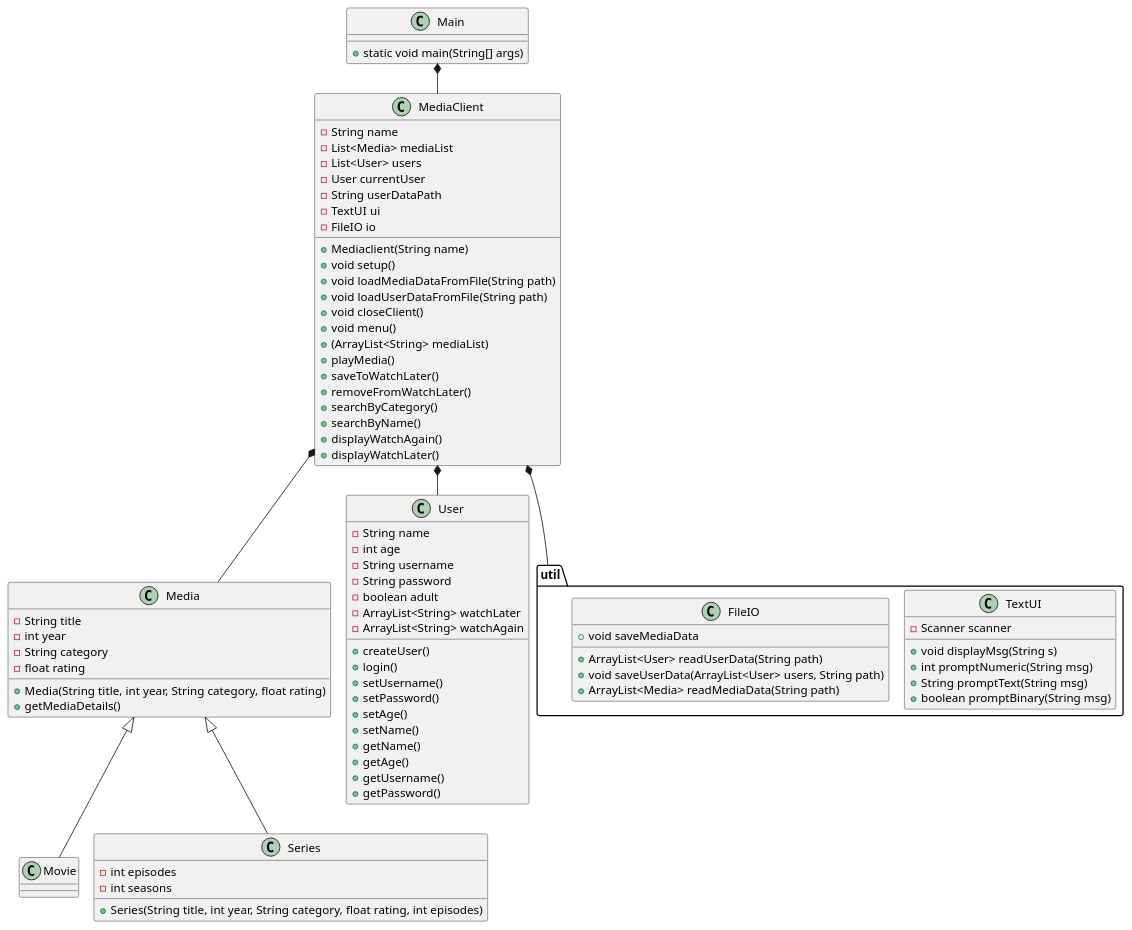
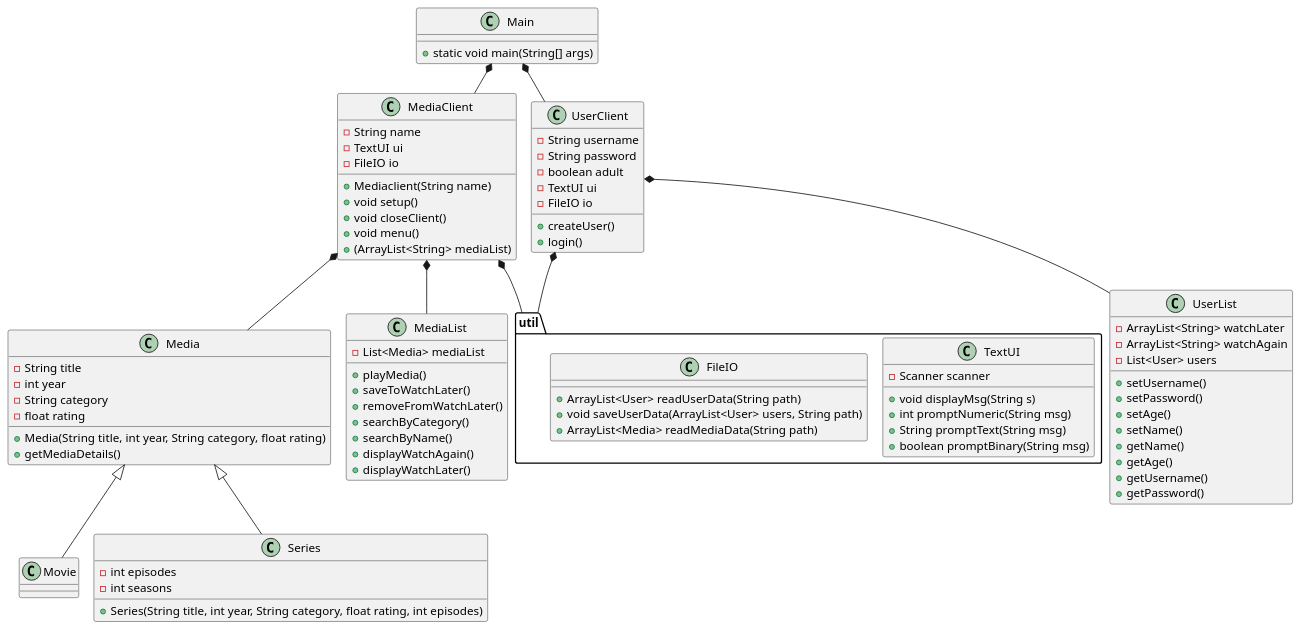
The diagram in docs/classdiagram_v0.puml (b-rino/SP3), drawn with PlantUML before and after one commit. The commit also changed 10 other files, not shown here.

Commit message:
updated Classdiagram + Fileio

```diff
--- a/docs/classdiagram_v0.puml
+++ b/docs/classdiagram_v0.puml
@@ -1,109 +1,109 @@
 @startuml
 !pragma layout smetana
 
 class Main{
 + static void main(String[] args)
 }
 
 class Media{
 - String title
 - int year
 - String category
 - float rating
 +Media(String title, int year, String category, float rating)
 +getMediaDetails()
 
 
 }
 
 class MediaClient{
 -String name
--List<Media> mediaList
--List<User> users
--User currentUser
--String userDataPath
 -TextUI ui
 -FileIO io
 +Mediaclient(String name)
 +void setup()
-+void loadMediaDataFromFile(String path)
-+void loadUserDataFromFile(String path)
 +void closeClient()
 +void menu()
 +(ArrayList<String> mediaList)
+
+}
+class MediaList{
+-List<Media> mediaList
 +playMedia()
 +saveToWatchLater()
 +removeFromWatchLater()
 +searchByCategory()
 +searchByName()
 +displayWatchAgain()
 +displayWatchLater()
+}
 
-
+class UserList{
++setUsername()
++setPassword()
++setAge()
++setName()
++getName()
++getAge()
++getUsername()
++getPassword()
+-ArrayList<String> watchLater
+-ArrayList<String> watchAgain
+-List<User> users
 }
 
 
 class Movie{
 }
 
 class Series{
 - int episodes
 - int seasons
 +Series(String title, int year, String category, float rating, int episodes)
 }
 
 
-class User{
--String name
--int age
+class UserClient{
 -String username
 -String password
 -boolean adult
--ArrayList<String> watchLater
--ArrayList<String> watchAgain
+-TextUI ui
+-FileIO io
 +createUser()
 +login()
+
+
 '+logout()
-+setUsername()
-+setPassword()
-+setAge()
-+setName()
-+getName()
-+getAge()
-+getUsername()
-+getPassword()
 }
 
 
 package "util" {
 class TextUI{
 - Scanner scanner
 
 +void displayMsg(String s)
 +int promptNumeric(String msg)
 +String promptText(String msg)
 +boolean promptBinary(String msg)
 }
 class FileIO{
 '+void addMediaToFile(Media media, String path)
 '+void removeMediaFromFile(Media media, String path)
 +ArrayList<User> readUserData(String path)
 +void saveUserData(ArrayList<User> users, String path)
 +ArrayList<Media> readMediaData(String path)
-+void saveMediaData
+'+void saveMediaData
 }
 }
 
 MediaClient *-- Media
 Media<|--Series
 Media <|-- Movie
-MediaClient *-- User
 Main *-- MediaClient
 MediaClient *-- "util"
-
-
-
-
-
+MediaClient *-- MediaList
+Main *-- UserClient
+UserClient *-- UserList
+UserClient *--"util"
 
 @enduml
```
